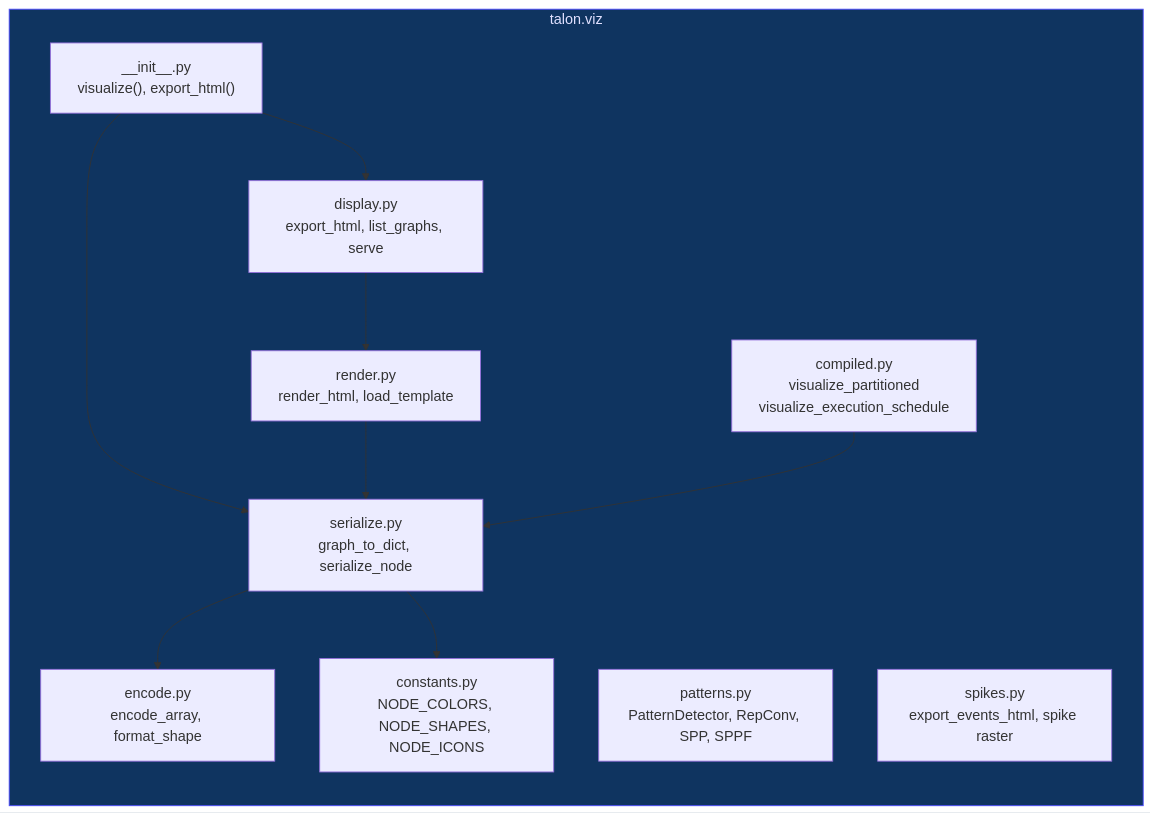
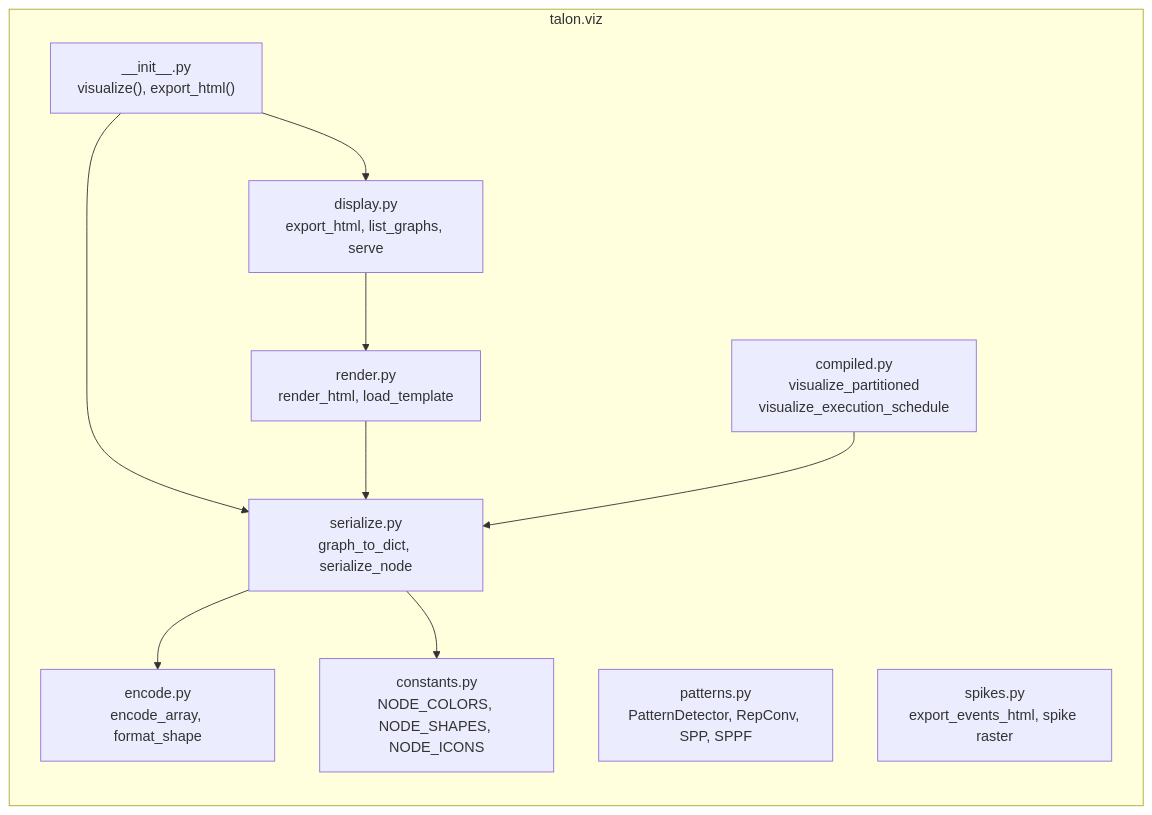
One commit to type1compute/docs changed the fourth of 9 diagrams in docs/talon-ecosystem/architecture.md. Above: the diagram before and after it, drawn with Mermaid. The commit also changed other lines of this file and 35 other files, not shown here.

````diff
--- a/docs/talon-ecosystem/architecture.md
+++ b/docs/talon-ecosystem/architecture.md
@@ -227,24 +225,24 @@
 ```mermaid
 graph LR
     subgraph talon.viz
         Init["__init__.py<br/>visualize(), export_html()"]
         Serialize["serialize.py<br/>graph_to_dict, serialize_node"]
         Render["render.py<br/>render_html, load_template"]
         Display["display.py<br/>export_html, list_graphs, serve"]
         Patterns["patterns.py<br/>PatternDetector, RepConv, SPP, SPPF"]
         Compiled["compiled.py<br/>visualize_partitioned<br/>visualize_execution_schedule"]
         Spikes["spikes.py<br/>export_events_html, spike raster"]
         Encode["encode.py<br/>encode_array, format_shape"]
         Constants["constants.py<br/>NODE_COLORS, NODE_SHAPES, NODE_ICONS"]
     end
 
     Init --> Serialize
     Init --> Display
     Serialize --> Encode
     Serialize --> Constants
     Render --> Serialize
     Display --> Render
     Compiled --> Serialize
 
-    style talon.viz fill:#0f3460,color:#e0e0ff,stroke:#4a4aff
+    
 ```
````
